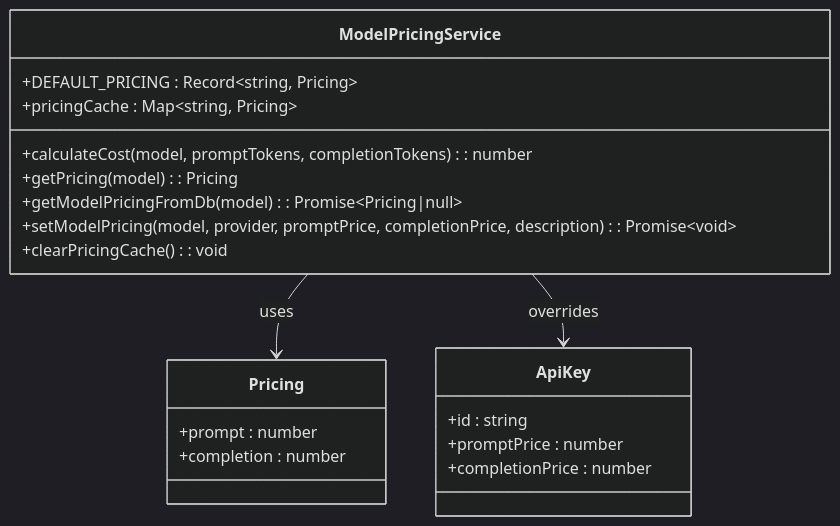
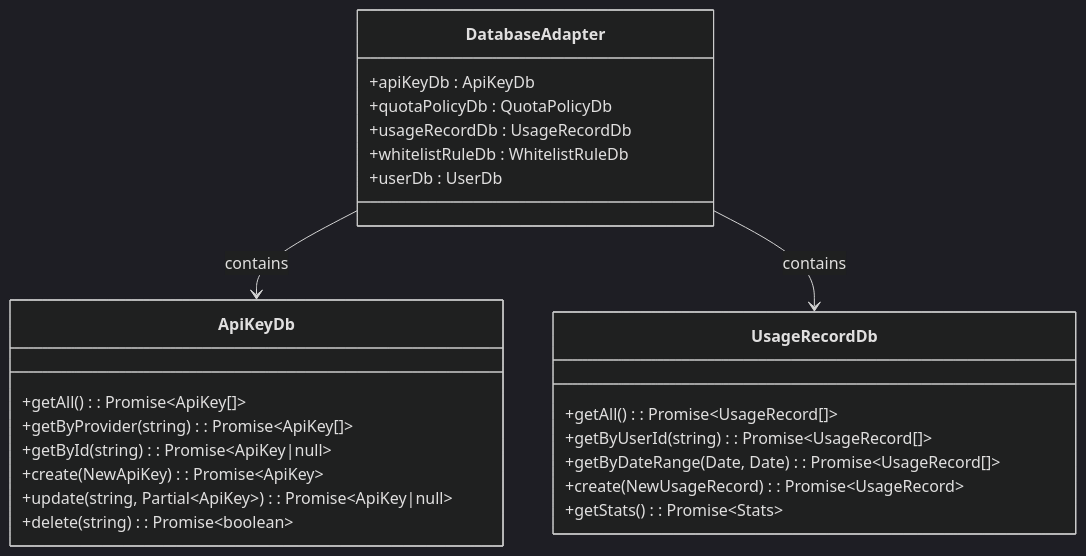
One commit to RadiumAg/AIGate changed the sixth of 8 diagrams in .qoder/repowiki/zh/content/核心功能/演示模式系统.md. Above: the diagram before and after it, drawn with Mermaid (dark theme). The commit also changed other lines of this file and 15 other files, not shown here.

````diff
--- a/.qoder/repowiki/zh/content/核心功能/演示模式系统.md
+++ b/.qoder/repowiki/zh/content/核心功能/演示模式系统.md
@@ -367,23 +365,27 @@
 ```mermaid
 classDiagram
-class ModelPricingService {
-+DEFAULT_PRICING : Record~string, Pricing~
-+pricingCache : Map~string, Pricing~
-+calculateCost(model, promptTokens, completionTokens) : number
-+getPricing(model) : Pricing
-+getModelPricingFromDb(model) : Promise~Pricing|null~
-+setModelPricing(model, provider, promptPrice, completionPrice, description) : Promise~void~
-+clearPricingCache() : void
+class DatabaseAdapter {
++apiKeyDb : ApiKeyDb
++quotaPolicyDb : QuotaPolicyDb
++usageRecordDb : UsageRecordDb
++whitelistRuleDb : WhitelistRuleDb
++userDb : UserDb
 }
-class Pricing {
-+prompt : number
-+completion : number
+class ApiKeyDb {
++getAll() : Promise~ApiKey[]~
++getByProvider(string) : Promise~ApiKey[]~
++getById(string) : Promise~ApiKey|null~
++create(NewApiKey) : Promise~ApiKey~
++update(string, Partial~ApiKey~) : Promise~ApiKey|null~
++delete(string) : Promise~boolean~
 }
-class ApiKey {
-+id : string
-+promptPrice : number
-+completionPrice : number
+class UsageRecordDb {
++getAll() : Promise~UsageRecord[]~
++getByUserId(string) : Promise~UsageRecord[]~
++getByDateRange(Date, Date) : Promise~UsageRecord[]~
++create(NewUsageRecord) : Promise~UsageRecord~
++getStats() : Promise~Stats~
 }
-ModelPricingService --> Pricing : uses
-ModelPricingService --> ApiKey : overrides
+DatabaseAdapter --> ApiKeyDb : contains
+DatabaseAdapter --> UsageRecordDb : contains
 ```
````
